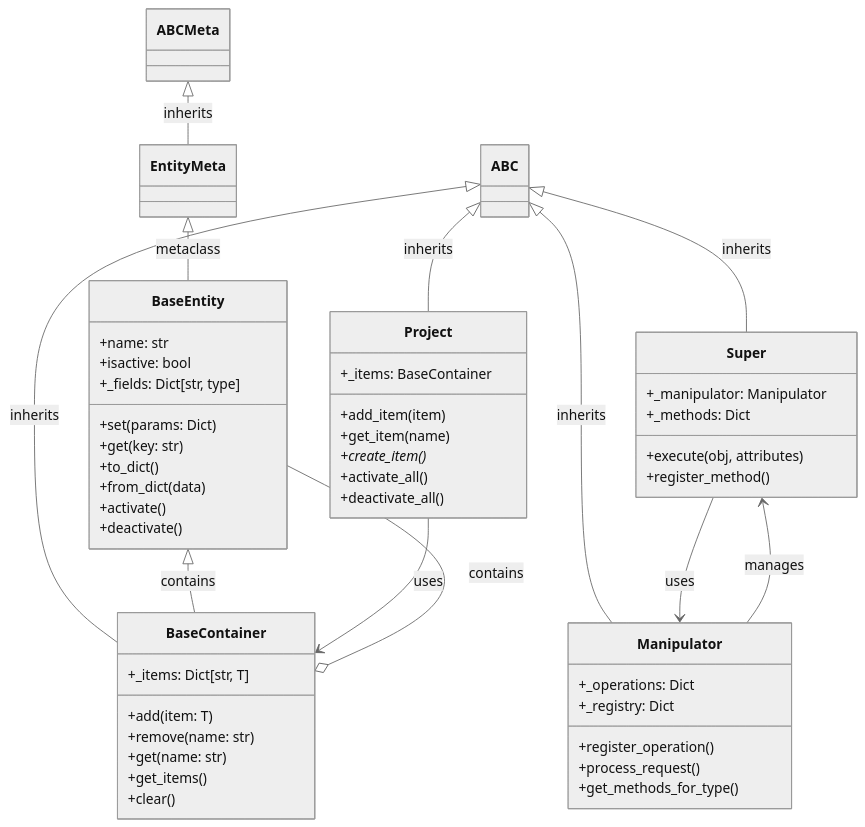
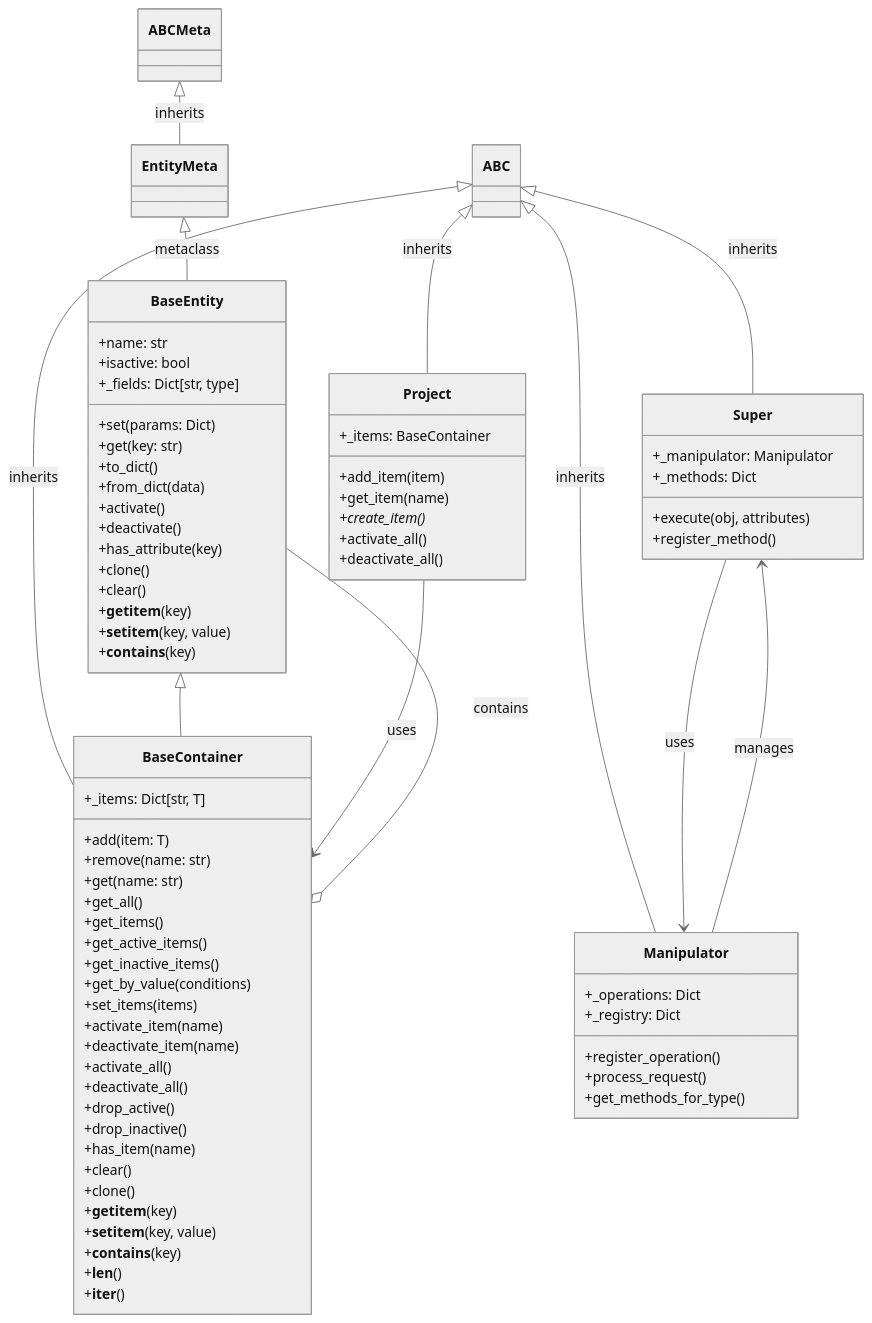
The second of 12 diagrams in docs/diagrams.md (Torward1024/MSB), drawn with Mermaid (neutral theme) before and after one commit. The commit also changed 4 other files, not shown here.

```diff
--- a/docs/diagrams.md
+++ b/docs/diagrams.md
@@ -68,7 +68,7 @@
      ABC <|-- Manipulator : inherits
 
     %% Base Layer
-    BaseEntity <|-- BaseContainer : contains
+    BaseEntity <|-- BaseContainer
 
     class BaseEntity {
         +name: str
@@ -80,6 +80,12 @@
         +from_dict(data)
         +activate()
         +deactivate()
+        +has_attribute(key)
+        +clone()
+        +clear()
+        +__getitem__(key)
+        +__setitem__(key, value)
+        +__contains__(key)
     }
 
     class BaseContainer {
@@ -87,8 +93,26 @@
         +add(item: T)
         +remove(name: str)
         +get(name: str)
+        +get_all()
         +get_items()
+        +get_active_items()
+        +get_inactive_items()
+        +get_by_value(conditions)
+        +set_items(items)
+        +activate_item(name)
+        +deactivate_item(name)
+        +activate_all()
+        +deactivate_all()
+        +drop_active()
+        +drop_inactive()
+        +has_item(name)
         +clear()
+        +clone()
+        +__getitem__(key)
+        +__setitem__(key, value)
+        +__contains__(key)
+        +__len__()
+        +__iter__()
     }
 
     %% Super Layer
```
